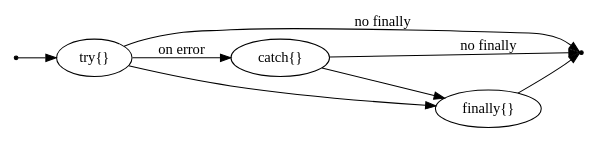
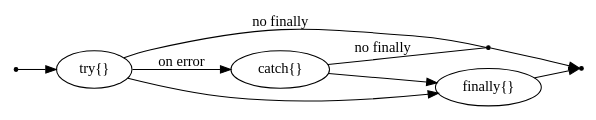
One commit to tquadrat/documents changed the diagram in src/trycatchfinally.gv. Above: the diagram before and after it, drawn with Graphviz. The commit also changed 5 other files, not shown here.

```diff
--- a/src/trycatchfinally.gv
+++ b/src/trycatchfinally.gv
@@ -1,17 +1,19 @@
 digraph {
   size="6,11"
   rankdir="LR"
 
   start   [shape=point]
   end     [shape=point]
+  x1      [shape=point]
 
   try     [label="try{}"]
   catch   [label="catch{}"]
   finally [label="finally{}"]
   
   start -> try
   try -> catch [label="on error"] 
   catch -> finally -> end
   try -> finally
-  {try, catch} -> end [label="no finally"]
+  {try, catch} -> x1 [label="no finally",arrowhead=none]
+  x1 -> end
 }
```
